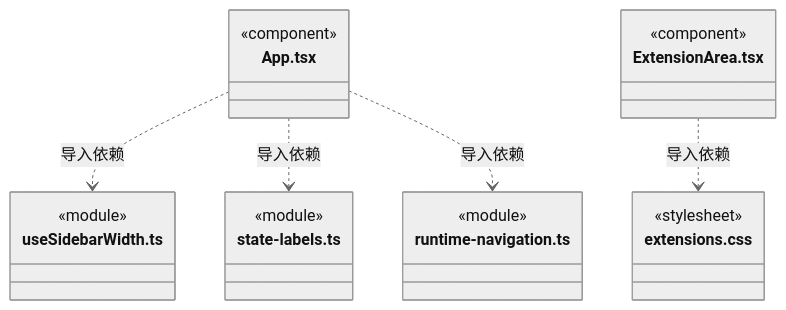
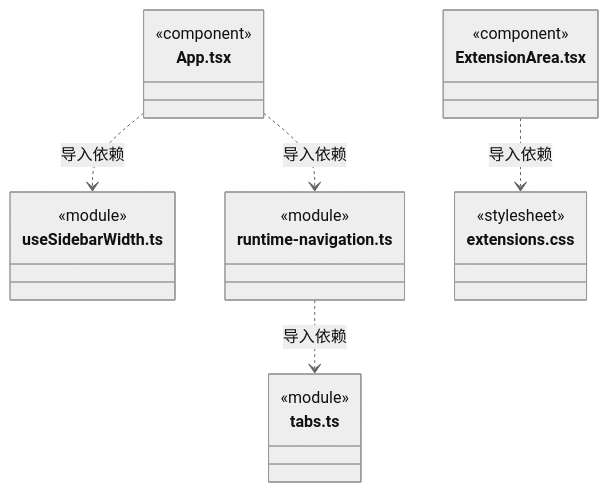
Before and after one commit to nan023062/cbim: diagram 16 of 18 in src/frontend/shell/ARCHITECTURE.md, drawn with Mermaid (neutral theme). The commit also changed other lines of this file and 61 other files, not shown here.

````diff
--- a/src/frontend/shell/ARCHITECTURE.md
+++ b/src/frontend/shell/ARCHITECTURE.md
@@ -281,25 +271,25 @@
 ```mermaid
 classDiagram
 class N_src_frontend_shell_App_tsx["App.tsx"] {
   <<component>>
 }
 class N_src_frontend_shell_useSidebarWidth_ts["useSidebarWidth.ts"] {
-  <<module>>
-}
-class N_src_frontend_shell_state_labels_ts["state-labels.ts"] {
   <<module>>
 }
 class N_src_frontend_shell_runtime_navigation_ts["runtime-navigation.ts"] {
   <<module>>
 }
 class N_src_frontend_shell_ExtensionArea_tsx["ExtensionArea.tsx"] {
   <<component>>
 }
 class N_src_frontend_shell_extensions_css["extensions.css"] {
   <<stylesheet>>
 }
+class N_src_frontend_shell_tabs_ts["tabs.ts"] {
+  <<module>>
+}
 N_src_frontend_shell_App_tsx ..> N_src_frontend_shell_useSidebarWidth_ts : 导入依赖
-N_src_frontend_shell_App_tsx ..> N_src_frontend_shell_state_labels_ts : 导入依赖
 N_src_frontend_shell_App_tsx ..> N_src_frontend_shell_runtime_navigation_ts : 导入依赖
 N_src_frontend_shell_ExtensionArea_tsx ..> N_src_frontend_shell_extensions_css : 导入依赖
+N_src_frontend_shell_runtime_navigation_ts ..> N_src_frontend_shell_tabs_ts : 导入依赖
 ```
````
